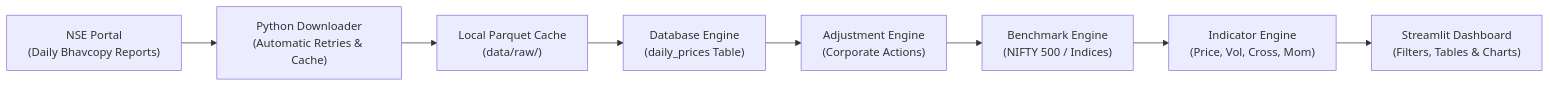
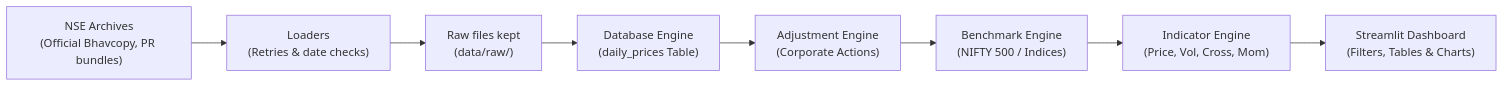
One commit to YashSharma333/nse-screener changed the diagram in README.md. Above: the diagram before and after it, drawn with Mermaid. The commit also changed other lines of this file and 58 other files, not shown here.

````diff
--- a/README.md
+++ b/README.md
@@ -39,10 +39,10 @@
 ```mermaid
 flowchart LR
-    A["NSE Portal\n(Daily Bhavcopy Reports)"] --> B["Python Downloader\n(Automatic Retries & Cache)"]
-    B --> C["Local Parquet Cache\n(data/raw/)"]
+    A["NSE Archives\n(Official Bhavcopy, PR bundles)"] --> B["Loaders\n(Retries & date checks)"]
+    B --> C["Raw files kept\n(data/raw/)"]
     C --> D["Database Engine\n(daily_prices Table)"]
     D --> E["Adjustment Engine\n(Corporate Actions)"]
     E --> F["Benchmark Engine\n(NIFTY 500 / Indices)"]
     F --> G["Indicator Engine\n(Price, Vol, Cross, Mom)"]
     G --> H["Streamlit Dashboard\n(Filters, Tables & Charts)"]
 ```
````
